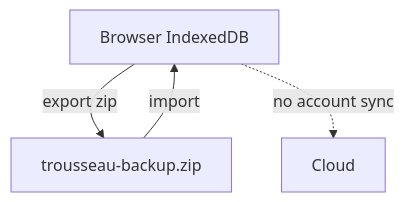
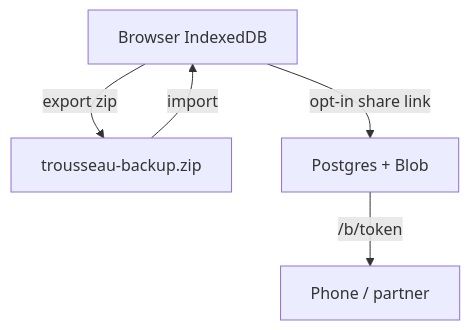
One commit to smeltery/trousseau changed the diagram in docs/privacy.md. Above: the diagram before and after it, drawn with Mermaid. The commit also changed other lines of this file and 39 other files, not shown here.

First line of the commit message:
feat: add secret share-link cloud sync

````diff
--- a/docs/privacy.md
+++ b/docs/privacy.md
@@ -16,6 +21,7 @@
 ```mermaid
 flowchart TD
   browser["Browser IndexedDB"] -->|"export zip"| file["trousseau-backup.zip"]
   file -->|"import"| browser
-  browser -.->|"no account sync"| cloud["Cloud"]
+  browser -->|"opt-in share link"| cloud["Postgres + Blob"]
+  cloud -->|"/b/token"| partners["Phone / partner"]
 ```
````
